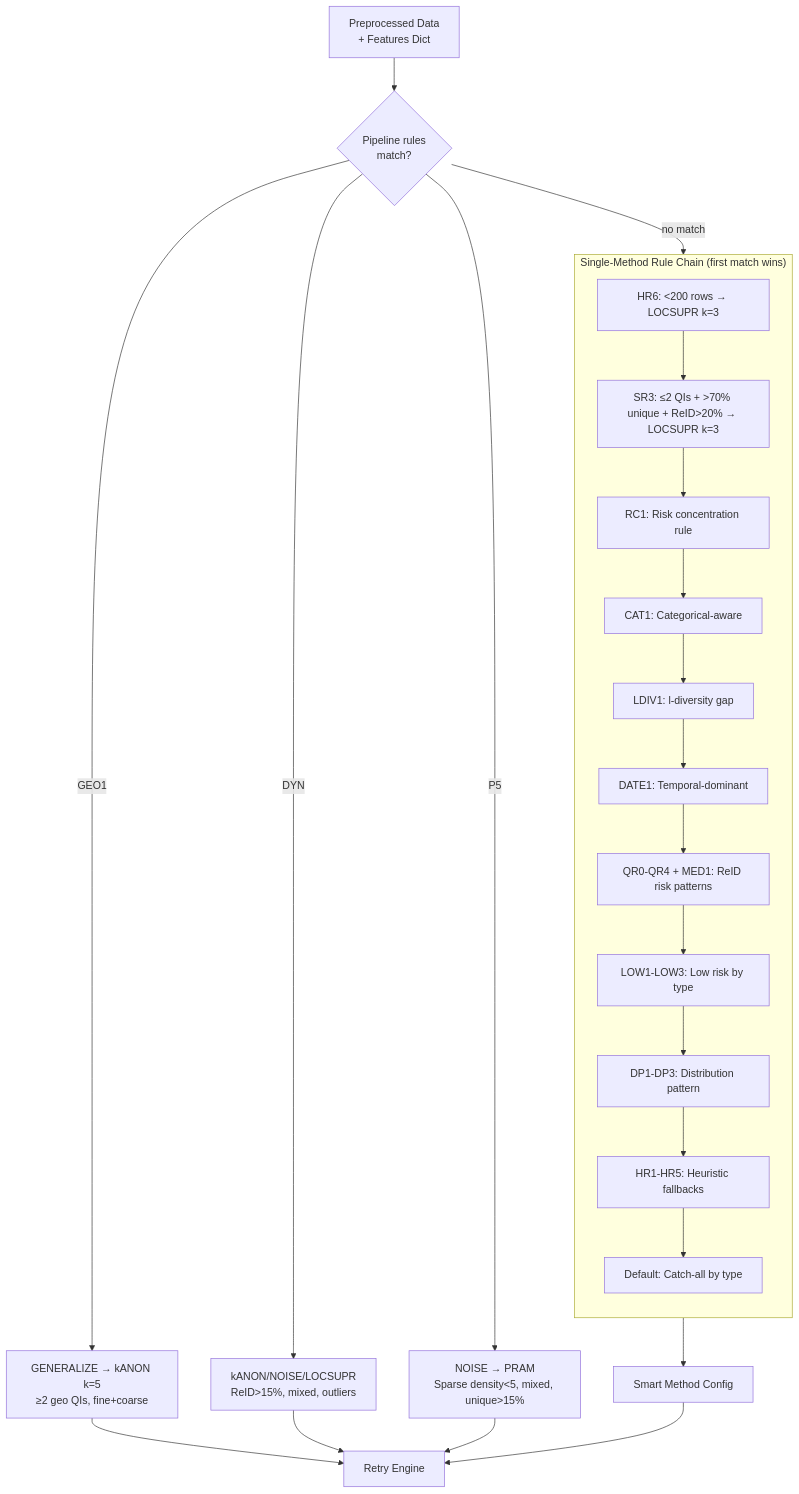
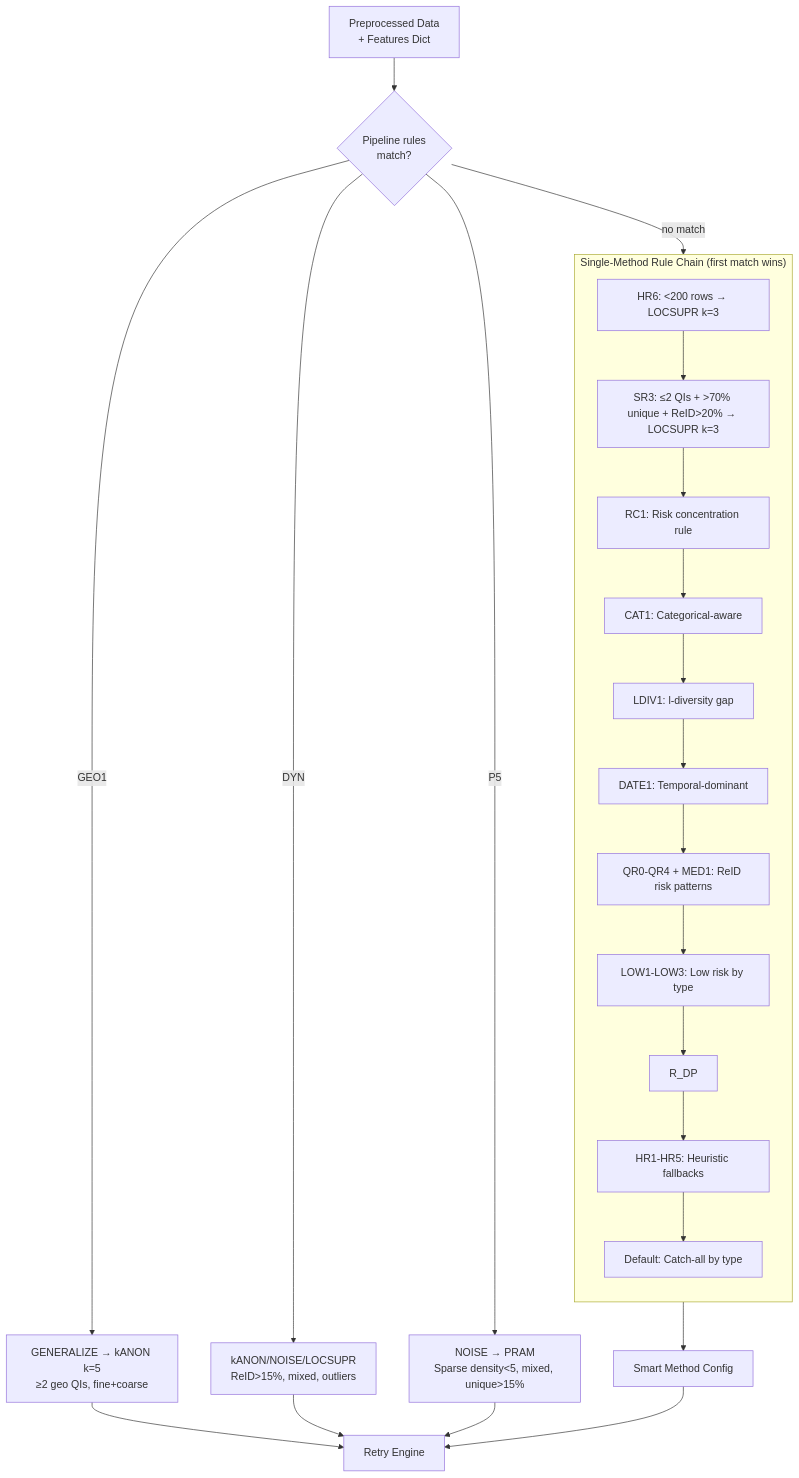
Before and after one commit to emantzoo/sdc_engine: the sixth of 9 diagrams in docs/smart_rules_complete.md, drawn with Mermaid. The commit also changed other lines of this file and 6 other files, not shown here.

````diff
--- a/docs/smart_rules_complete.md
+++ b/docs/smart_rules_complete.md
@@ -413,33 +413,32 @@
 ```mermaid
 flowchart TD
     START[Preprocessed Data<br/>+ Features Dict] --> PIPE{Pipeline rules<br/>match?}
     
     PIPE -->|GEO1| PIPE_GEO["GENERALIZE → kANON k=5<br/>≥2 geo QIs, fine+coarse"]
     PIPE -->|DYN| PIPE_DYN["kANON/NOISE/LOCSUPR<br/>ReID>15%, mixed, outliers"]
     PIPE -->|P5| PIPE_P5["NOISE → PRAM<br/>Sparse density<5, mixed, unique>15%"]
     PIPE -->|no match| RULES
 
     PIPE_GEO --> ENGINE[Retry Engine]
     PIPE_DYN --> ENGINE
     PIPE_P5 --> ENGINE
     
     subgraph RULES["Single-Method Rule Chain (first match wins)"]
         direction TB
         R_HR6["HR6: <200 rows → LOCSUPR k=3"]
         R_SR["SR3: ≤2 QIs + >70% unique + ReID>20% → LOCSUPR k=3"]
         R_RC["RC1: Risk concentration rule"]
         R_CAT["CAT1: Categorical-aware"]
         R_LDIV["LDIV1: l-diversity gap"]
         R_DATE["DATE1: Temporal-dominant"]
         R_QR["QR0-QR4 + MED1: ReID risk patterns"]
         R_LOW["LOW1-LOW3: Low risk by type"]
-        R_DP["DP1-DP3: Distribution pattern"]
         R_HR["HR1-HR5: Heuristic fallbacks"]
         R_DEF["Default: Catch-all by type"]
         
         R_HR6 --> R_SR --> R_RC --> R_CAT --> R_LDIV --> R_DATE --> R_QR --> R_LOW --> R_DP --> R_HR --> R_DEF
     end
     
     RULES --> SMART[Smart Method Config]
     SMART --> ENGINE
 ```
````
